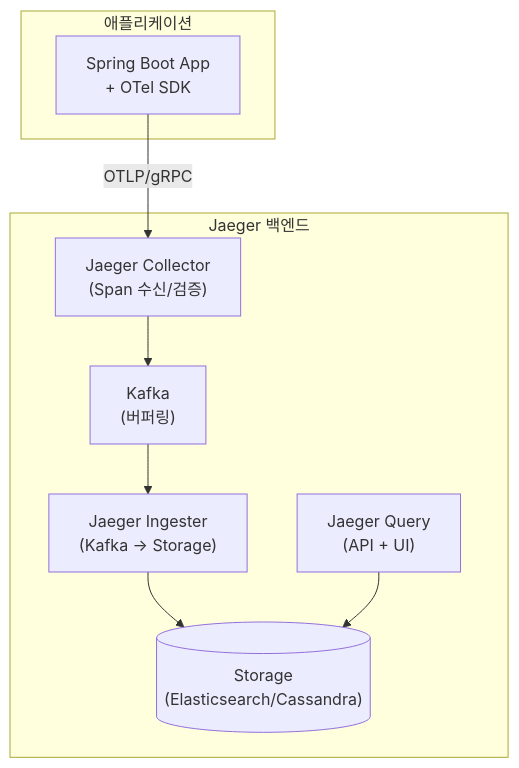
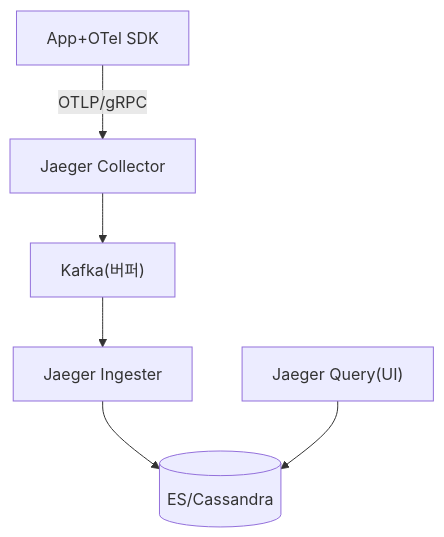
The fourth of 7 diagrams in _posts/monitoring/2026-05-03-distributed-tracing.md (yjkim2015/yjkim2015.github.io), drawn with Mermaid before and after one commit. The commit also changed other lines of this file and 215 other files, not shown here.

First line of the commit message:
신규 포스트 10개 추가 + Mermaid 전면 축소 + SystemDesign 시리즈 보강

````diff
--- a/_posts/monitoring/2026-05-03-distributed-tracing.md
+++ b/_posts/monitoring/2026-05-03-distributed-tracing.md
@@ -227,20 +210,8 @@
 ```mermaid
 graph TD
-    subgraph "애플리케이션"
-        APP["Spring Boot App\n+ OTel SDK"]
-    end
-
-    subgraph "Jaeger 백엔드"
-        COL["Jaeger Collector\n(Span 수신/검증)"]
-        KAFKA["Kafka\n(버퍼링)"]
-        ING["Jaeger Ingester\n(Kafka → Storage)"]
-        STORE[("Storage\n(Elasticsearch/Cassandra)")]
-        QUERY["Jaeger Query\n(API + UI)"]
-    end
-
-    APP -->|"OTLP/gRPC"| COL
-    COL --> KAFKA
-    KAFKA --> ING
-    ING --> STORE
-    QUERY --> STORE
+    APP["App+OTel SDK"] -->|OTLP/gRPC| COL["Jaeger Collector"]
+    COL --> KAFKA["Kafka(버퍼)"]
+    KAFKA --> ING["Jaeger Ingester"]
+    ING --> STORE[("ES/Cassandra")]
+    QUERY["Jaeger Query(UI)"] --> STORE
 ```
````
